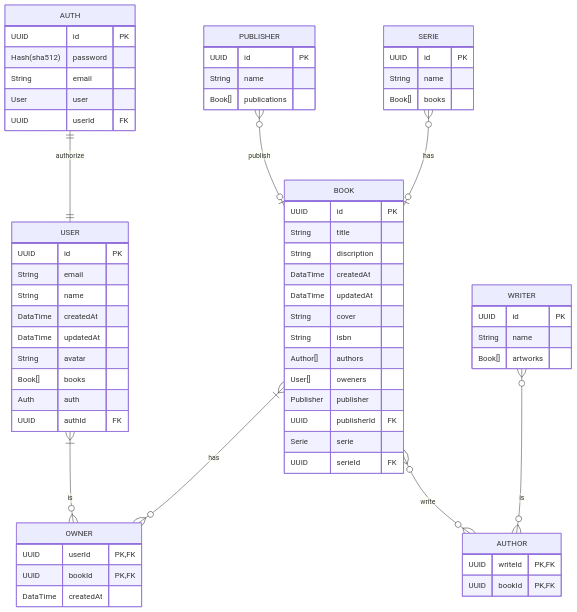
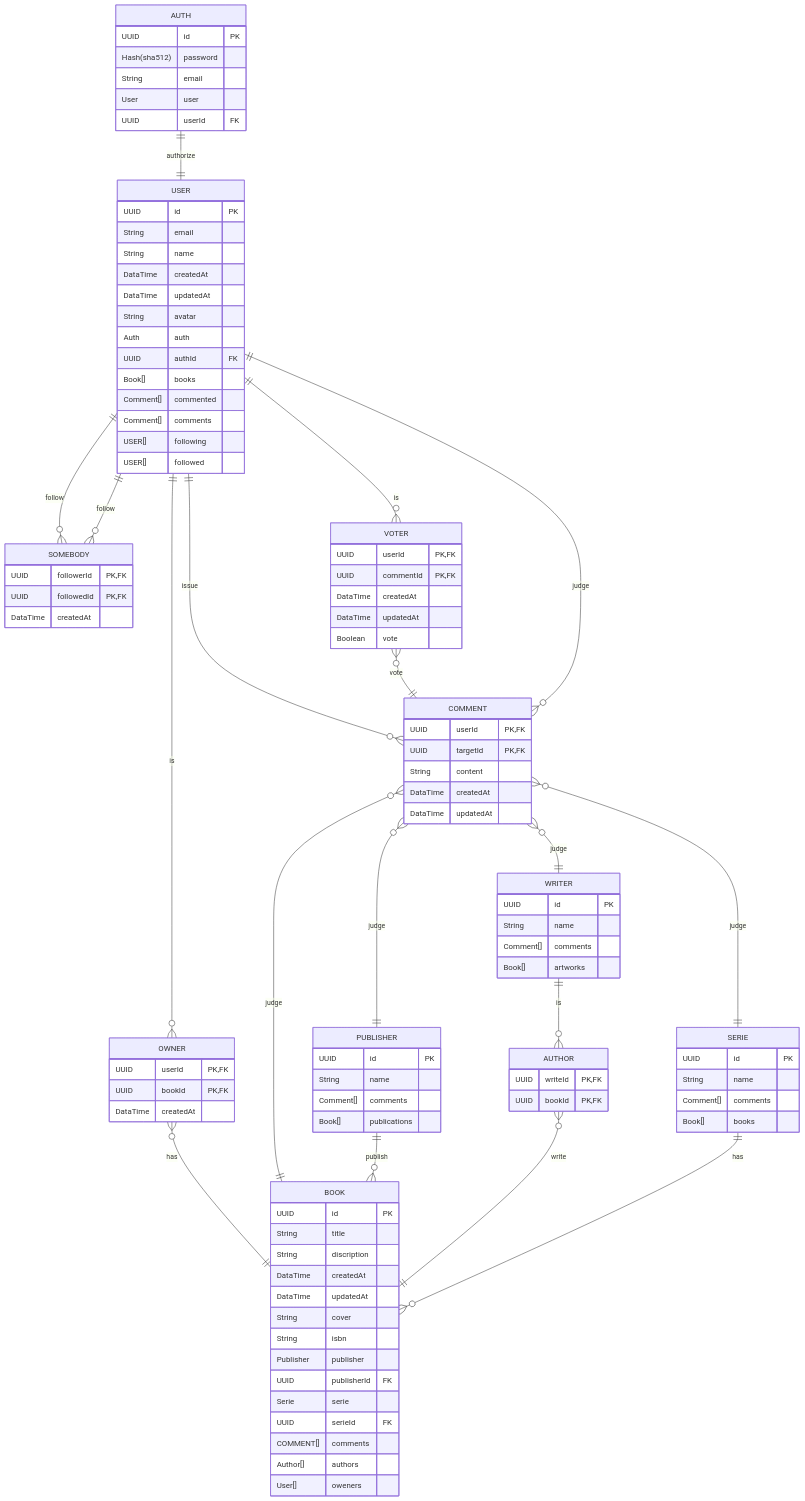
The diagram in packages/database/README.md (mogeko/book-exchange), drawn with Mermaid before and after one commit.

Commit message:
docs: add comment in ERD

````diff
--- a/packages/database/README.md
+++ b/packages/database/README.md
@@ -16,19 +16,83 @@
     User         user
     UUID         userId   FK
   }
-  USER }|--o{ OWNER : is
+  USER ||--o{ OWNER : is
+  USER ||--o{ SOMEBODY : follow
+  USER ||--o{ COMMENT : issue
+  USER ||--o{ VOTER : is
   USER {
-    UUID     id        PK
-    String   email
-    String   name
+    UUID      id        PK
+    String    email
+    String    name
+    DataTime  createdAt
+    DataTime  updatedAt
+    String    avatar
+    Auth      auth
+    UUID      authId    FK
+    Book[]    books
+    Comment[] commented
+    Comment[] comments
+    USER[]    following
+    USER[]    followed
+  }
+  OWNER }o--|| BOOK : has
+  OWNER {
+    UUID     userId    PK, FK
+    UUID     bookId    PK, FK
     DataTime createdAt
-    DataTime updatedAt
-    String   avatar
-    Book[]   books
-    Auth     auth
-    UUID     authId    FK
   }
-  BOOK }|--o{ OWNER : has
+  SOMEBODY }o--|| USER : follow
+  SOMEBODY {
+    UUID     followerId PK, FK
+    UUID     followedId PK, FK
+    DataTime createdAt
+  }
+  VOTER }o--|| COMMENT : vote
+  VOTER {
+    UUID      userId    PK, FK
+    UUID      commentId PK, FK
+    DataTime  createdAt
+    DataTime  updatedAt
+    Boolean   vote
+  }
+  COMMENT }o--|| BOOK : judge
+  COMMENT }o--|| USER : judge
+  COMMENT }o--|| PUBLISHER : judge
+  COMMENT }o--|| WRITER : judge
+  COMMENT }o--|| SERIE : judge
+  COMMENT {
+    UUID     userId   PK, FK
+    UUID     targetId PK, FK
+    String   content
+    DataTime createdAt
+    DataTime  updatedAt
+  }
+  PUBLISHER ||--o{ BOOK : publish
+  PUBLISHER {
+    UUID      id           PK
+    String    name
+    Comment[] comments
+    Book[]    publications
+  }
+  WRITER ||--o{ AUTHOR : is
+  WRITER {
+    UUID      id       PK
+    String    name
+    Comment[] comments
+    Book[]    artworks
+  }
+  AUTHOR }o--|| BOOK : write
+  AUTHOR {
+    UUID writeId PK, FK
+    UUID bookId  PK, FK
+  }
+  SERIE ||--o{ BOOK : has
+  SERIE {
+    UUID      id    PK
+    String    name
+    Comment[] comments
+    Book[]    books
+  }
   BOOK {
     UUID      id          PK
     String    title
@@ -37,39 +101,12 @@
     DataTime  updatedAt
     String    cover
     String    isbn
-    Author[]  authors
-    User[]    oweners
     Publisher publisher
     UUID      publisherId FK
     Serie     serie
     UUID      serieId     FK
-  }
-  OWNER {
-    UUID     userId    PK, FK
-    UUID     bookId    PK, FK
-    DataTime createdAt
-  }
-  WRITER }o--o{ AUTHOR : is
-  WRITER {
-    UUID   id       PK
-    String name
-    Book[] artworks
-  }
-  BOOK }o--o{ AUTHOR : write
-  AUTHOR {
-    UUID writeId PK, FK
-    UUID bookId  PK, FK
-  }
-  PUBLISHER }o--o| BOOK : publish
-  PUBLISHER {
-    UUID   id           PK
-    String name
-    Book[] publications
-  }
-  SERIE }o--o| BOOK : has
-  SERIE {
-    UUID   id    PK
-    String name
-    Book[] books
+    COMMENT[] comments
+    Author[]  authors
+    User[]    oweners
   }
 ```
````
